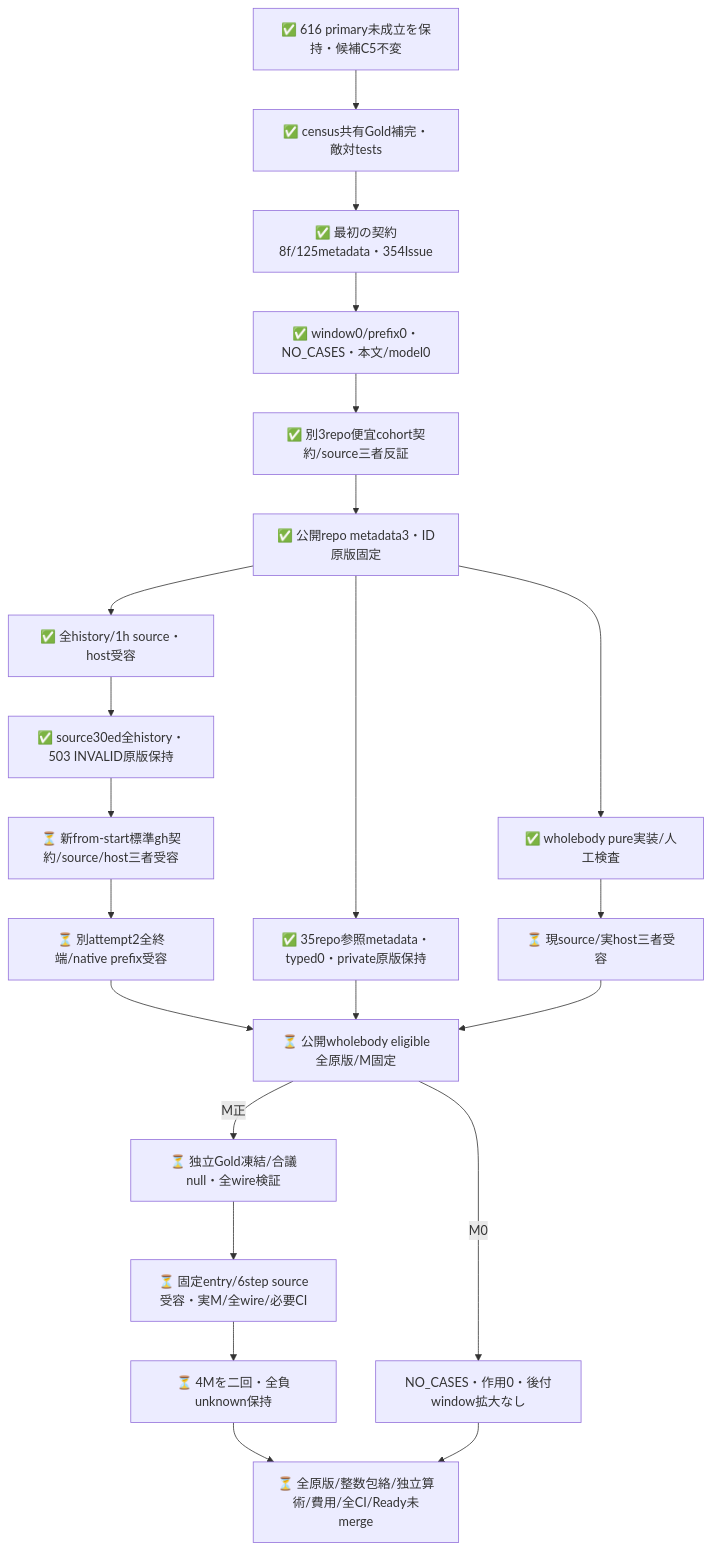
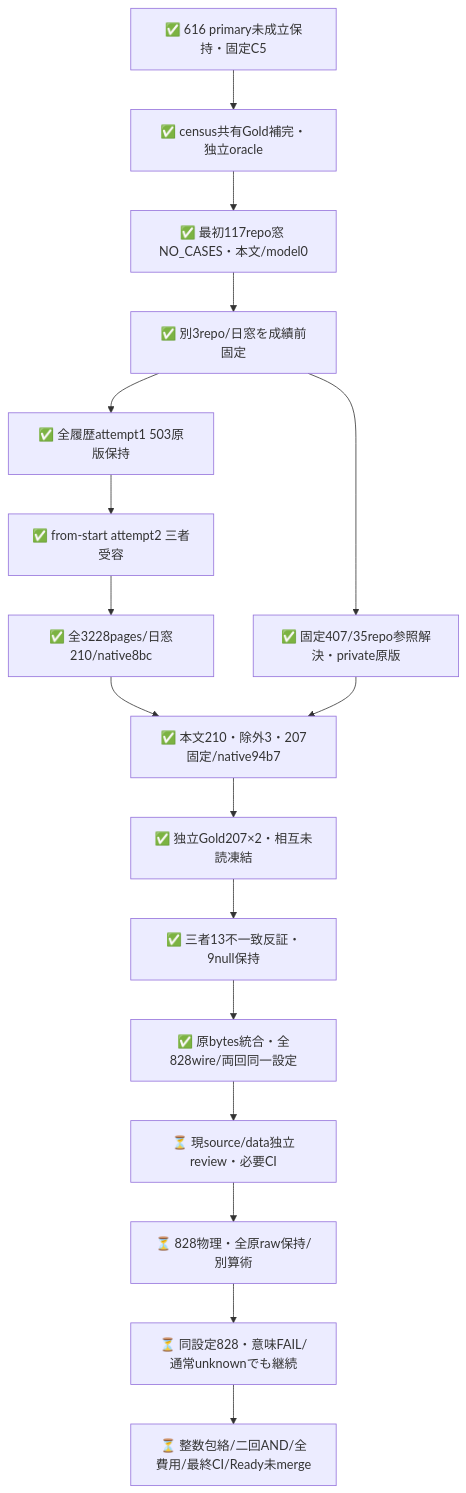
The second of 2 diagrams in experiments/sys1-eval-loop/census/README.md (roccho-org/ops), drawn with Mermaid before and after one commit. The commit also changed other lines of this file and 11 other files, not shown here.

Commit message:
eval: retain accepted207 census data and blinded Gold

````diff
--- a/experiments/sys1-eval-loop/census/README.md
+++ b/experiments/sys1-eval-loop/census/README.md
@@ -85,24 +100,19 @@
 ```mermaid
 flowchart TB
-  OLD[✅ 616 primary未成立を保持・候補C5不変] --> MATH[✅ census共有Gold補完・敵対tests]
-  MATH --> FIRST[✅ 最初の契約8f/125metadata・354Issue]
-  FIRST --> ZERO[✅ window0/prefix0・NO_CASES・本文/model0]
-  ZERO --> REVIEW[✅ 別3repo便宜cohort契約/source三者反証]
-  REVIEW --> SCOPE[✅ 公開repo metadata3・ID原版固定]
-  SCOPE --> ADMIT[✅ 全history/1h source・host受容]
-  ADMIT --> BAD[✅ source30ed全history・503 INVALID原版保持]
-  BAD --> RECOVER[⏳ 新from-start標準gh契約/source/host三者受容]
-  RECOVER --> META[⏳ 別attempt2全終端/native prefix受容]
-  SCOPE --> PRIOR[✅ 35repo参照metadata・typed0・private原版保持]
-  SCOPE --> BODY[✅ wholebody pure実装/人工検査]
-  BODY --> BODYREVIEW[⏳ 現source/実host三者受容]
-  META --> FRAME[⏳ 公開wholebody eligible全原版/M固定]
-  PRIOR --> FRAME
-  BODYREVIEW --> FRAME
-  FRAME -->|M0| EMPTY[NO_CASES・作用0・後付window拡大なし]
-  FRAME -->|M正| GOLD[⏳ 独立Gold凍結/合議null・全wire検証]
-  GOLD --> ENTRY[⏳ 固定entry/6step source受容・実M/全wire/必要CI]
-  ENTRY --> EFFECT[⏳ 4Mを二回・全負unknown保持]
-  EFFECT --> END[⏳ 全原版/整数包絡/独立算術/費用/全CI/Ready未merge]
-  EMPTY --> END
+  OLD[✅ 616 primary未成立保持・固定C5] --> MATH[✅ census共有Gold補完・独立oracle]
+  MATH --> ZERO[✅ 最初117repo窓 NO_CASES・本文/model0]
+  ZERO --> SCOPE[✅ 別3repo/日窓を成績前固定]
+  SCOPE --> FAIL[✅ 全履歴attempt1 503原版保持]
+  FAIL --> RECOVERY[✅ from-start attempt2 三者受容]
+  RECOVERY --> META[✅ 全3228pages/日窓210/native8bc]
+  SCOPE --> PRIOR[✅ 固定407/35repo参照解決・private原版]
+  META --> BODY[✅ 本文210・除外3・207固定/native94b7]
+  PRIOR --> BODY
+  BODY --> INITIAL[✅ 独立Gold207×2・相互未読凍結]
+  INITIAL --> GOLD[✅ 三者13不一致反証・9null保持]
+  GOLD --> DATA[✅ 原bytes統合・全828wire/両回同一設定]
+  DATA --> REVIEW[⏳ 現source/data独立review・必要CI]
+  REVIEW --> H1[⏳ 828物理・全原raw保持/別算術]
+  H1 --> H2[⏳ 同設定828・意味FAIL/通常unknownでも継続]
+  H2 --> END[⏳ 整数包絡/二回AND/全費用/最終CI/Ready未merge]
 ```
````
